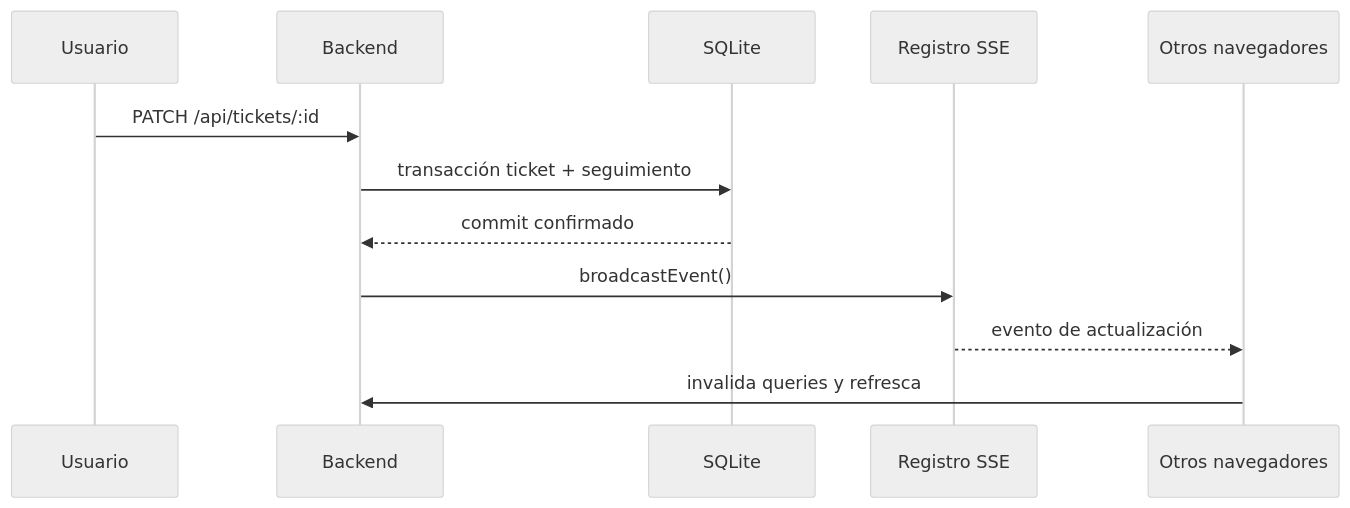
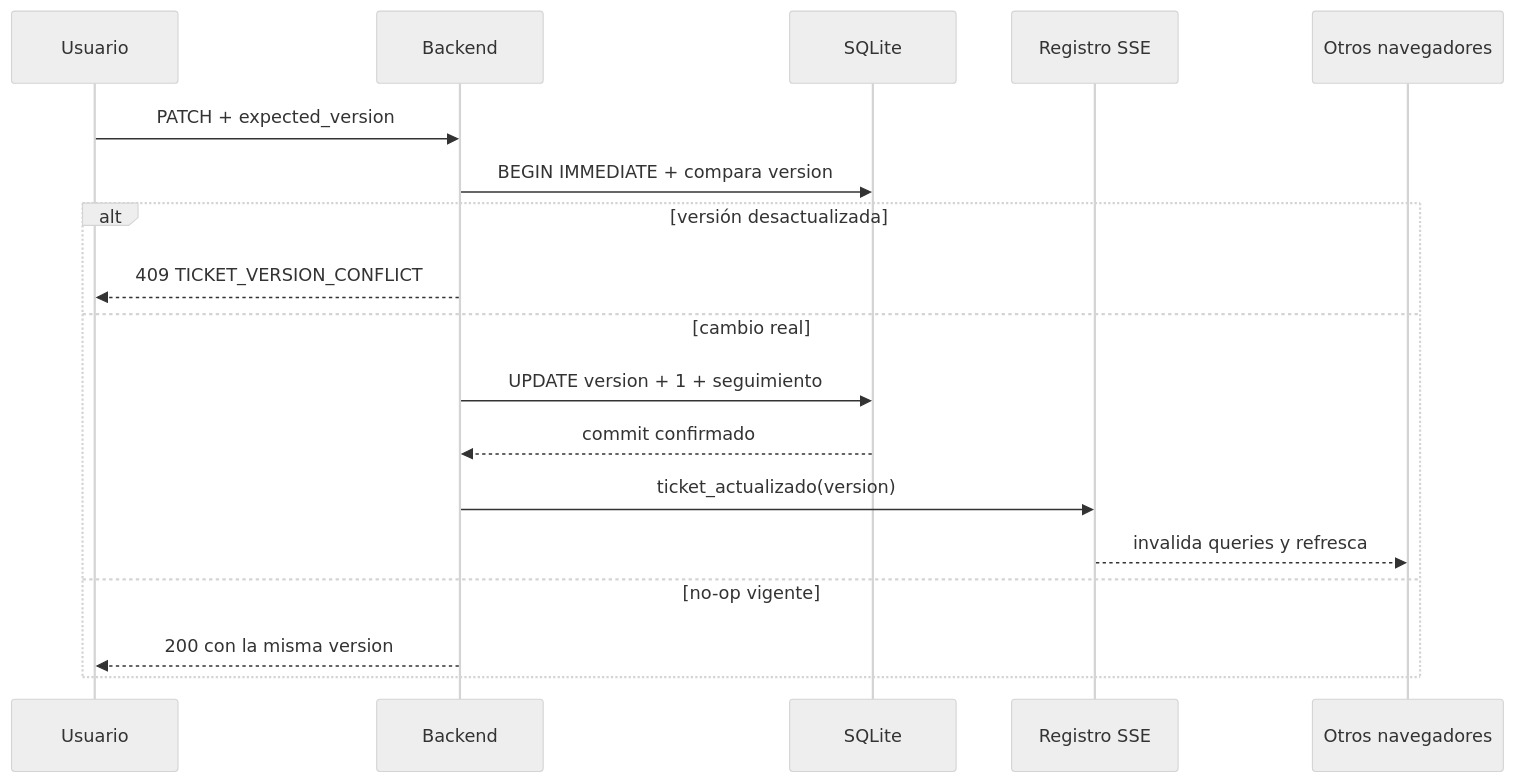
The ninth of 10 diagrams in docs/ARQUITECTURA.MD (marianoLaclau/ticketsAdmin), drawn with Mermaid (neutral theme) before and after one commit. The commit also changed other lines of this file and 32 other files, not shown here.

````diff
--- a/docs/ARQUITECTURA.MD
+++ b/docs/ARQUITECTURA.MD
@@ -395,15 +395,21 @@
 ```mermaid
 sequenceDiagram
     participant U as Usuario
     participant API as Backend
     participant DB as SQLite
     participant SSE as Registro SSE
     participant O as Otros navegadores
 
-    U->>API: PATCH /api/tickets/:id
-    API->>DB: transacción ticket + seguimiento
-    DB-->>API: commit confirmado
-    API->>SSE: broadcastEvent()
-    SSE-->>O: evento de actualización
-    O->>API: invalida queries y refresca
+    U->>API: PATCH + expected_version
+    API->>DB: BEGIN IMMEDIATE + compara version
+    alt versión desactualizada
+        API-->>U: 409 TICKET_VERSION_CONFLICT
+    else cambio real
+        API->>DB: UPDATE version + 1 + seguimiento
+        DB-->>API: commit confirmado
+        API->>SSE: ticket_actualizado(version)
+        SSE-->>O: invalida queries y refresca
+    else no-op vigente
+        API-->>U: 200 con la misma version
+    end
 ```
````
